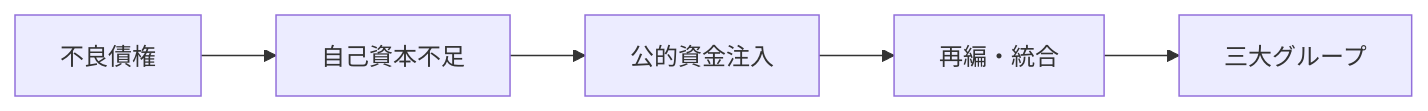
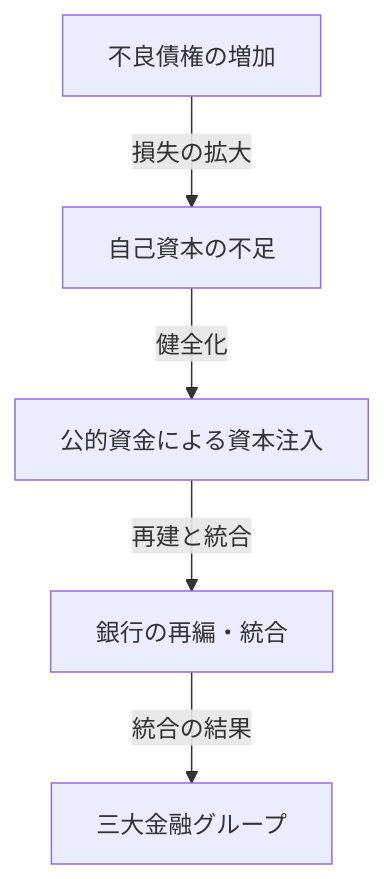
Before and after one commit to daylight55/research: the second of 2 diagrams in articles/report/megabanks-boj-jgb-history/ja/index.mdx, drawn with Mermaid. The commit also changed other lines of this file and 181 other files, not shown here.

First line of the commit message:
全記事の図解368点を再生成し、共通注意書きを削除 (#402)

````diff
--- a/articles/report/megabanks-boj-jgb-history/ja/index.mdx
+++ b/articles/report/megabanks-boj-jgb-history/ja/index.mdx
@@ -44,7 +48,14 @@
 ```mermaid
-flowchart LR
-  A["不良債権"] --> B["自己資本不足"]
-  B --> C["公的資金注入"]
-  C --> D["再編・統合"]
-  D --> E["三大グループ"]
+flowchart TD
+  accTitle: 不良債権処理と銀行統合の関係
+  accDescr: 不良債権で傷んだ自己資本を公的資金で補い、再編を通じて三大グループが成立した経路を示す。
+  N0["不良債権の増加"]
+  N1["自己資本の不足"]
+  N2["公的資金による資本注入"]
+  N3["銀行の再編・統合"]
+  N4["三大金融グループ"]
+  N0 -->|損失の拡大| N1
+  N1 -->|健全化| N2
+  N2 -->|再建と統合| N3
+  N3 -->|統合の結果| N4
 ```
````
